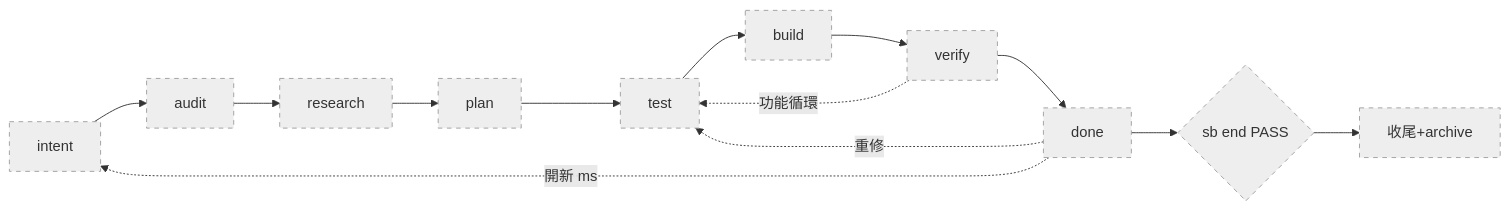
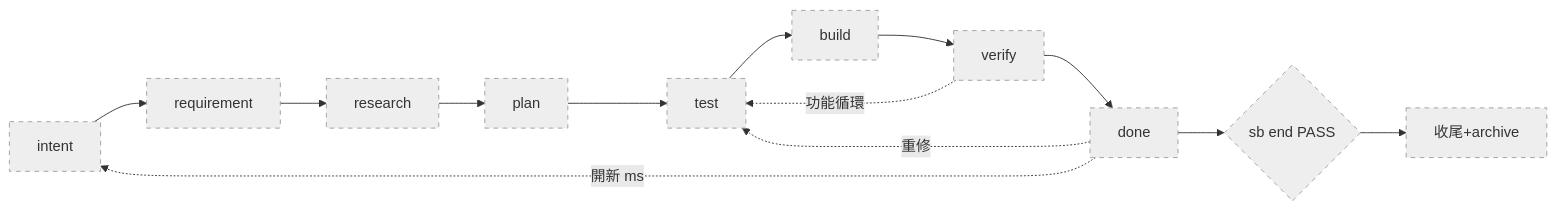
The first of 3 diagrams in skills/shiftblame/assets/SLUG.md (teps3105/shiftblame), drawn with Mermaid before and after one commit. The commit also changed other lines of this file and 25 other files, not shown here.

````diff
--- a/skills/shiftblame/assets/SLUG.md
+++ b/skills/shiftblame/assets/SLUG.md
@@ -60,12 +54,12 @@
 ```mermaid
 flowchart LR
-    A[intent]:::todo --> B[audit]:::todo --> C[research]:::todo --> D[plan]:::todo
+    A[intent]:::todo --> B[requirement]:::todo --> C[research]:::todo --> D[plan]:::todo
     D --> E[test]:::todo --> F[build]:::todo --> G[verify]:::todo --> H[done]:::todo
     G -.->|功能循環| E
     H -.->|重修| E
     H -.->|開新 ms| A
     H --> I{sb end PASS}:::todo --> J[收尾+archive]:::todo
     classDef done fill:#c8e6c9,stroke:#388e3c
     classDef active fill:#ffe082,stroke:#f57f17,stroke-width:3px
     classDef todo fill:#eeeeee,stroke:#9e9e9e,stroke-dasharray: 5 5
 ```
````
